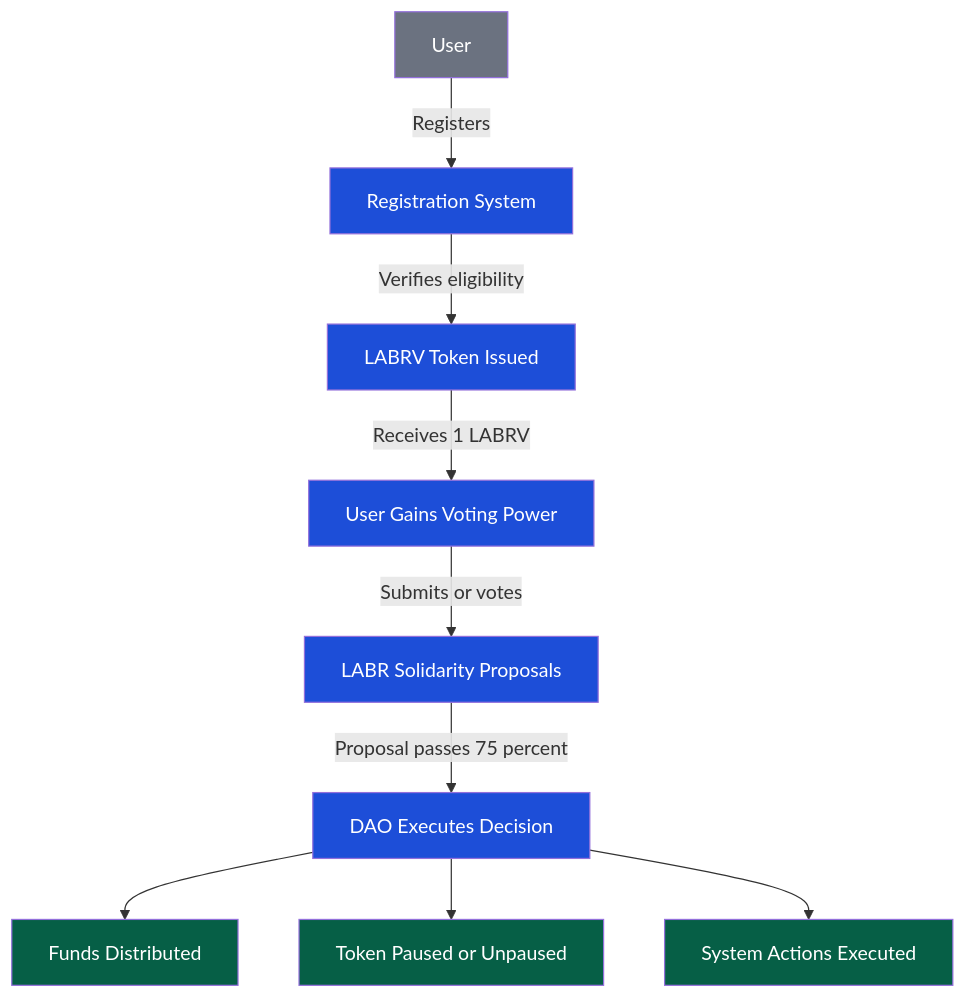
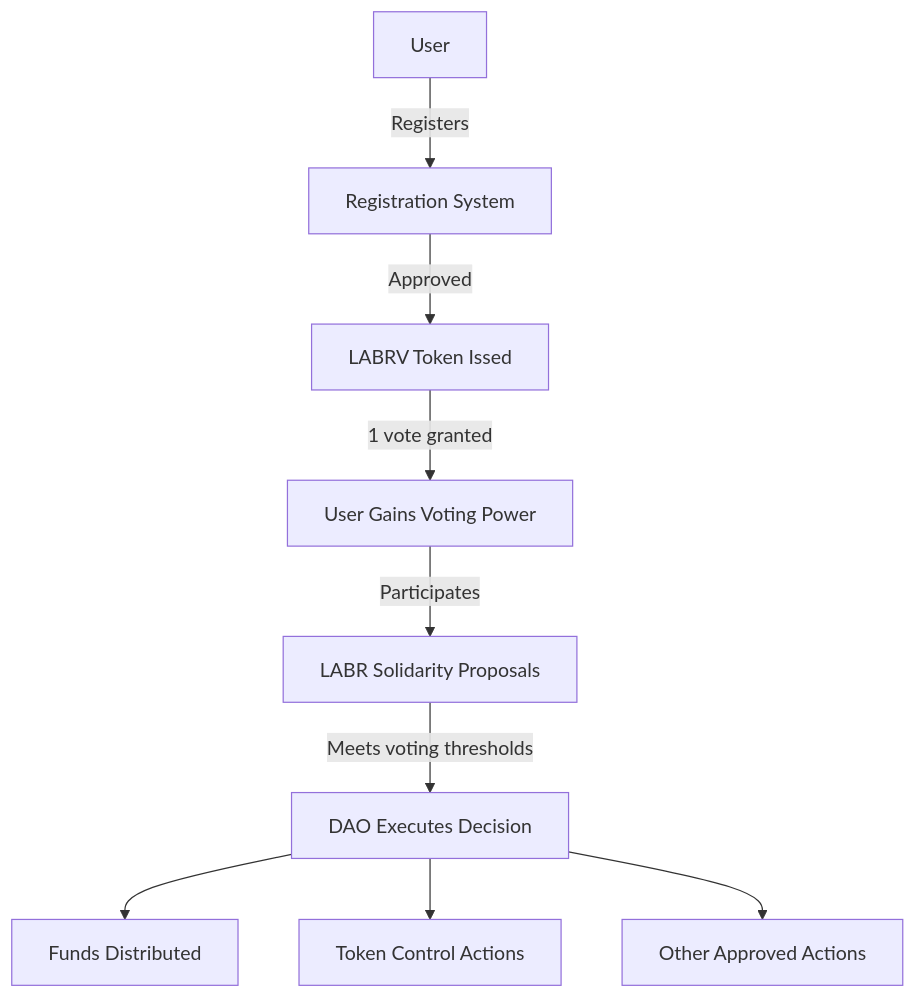
Before and after one commit to LaborCoinCreator/LaborCoin: the diagram in docs/user-journey.md, drawn with Mermaid.

````diff
--- a/docs/user-journey.md
+++ b/docs/user-journey.md
@@ -1,26 +1,17 @@
 ```mermaid
 flowchart TD
 
     A[User] -->|Registers| B["Registration System"]
 
-    B -->|Verifies eligibility| C[LABRV Token Issued]
+    B -->|Approved| C[LABRV Token Issed]
 
-    C -->|Receives 1 LABRV| D[User Gains Voting Power]
+    C -->|1 vote granted| D[User Gains Voting Power]
 
-    D -->|Submits or votes| E["LABR Solidarity Proposals"]
+    D -->|Participates| E["LABR Solidarity Proposals"]
 
-    E -->|Proposal passes 75 percent| F["DAO Executes Decision"]
+    E -->|Meets voting thresholds| F["DAO Executes Decision"]
 
     F --> G1[Funds Distributed]
-    F --> G2[Token Paused or Unpaused]
-    F --> G3[System Actions Executed]
-
-    %% Styling
-    classDef user fill:#6b7280,color:#fff;
-    classDef action fill:#1d4ed8,color:#fff;
-    classDef result fill:#065f46,color:#fff;
-
-    class A user;
-    class B,C,D,E,F action;
-    class G1,G2,G3 result;
+    F --> G2[Token Control Actions]
+    F --> G3[Other Approved Actions]
 ```
````
